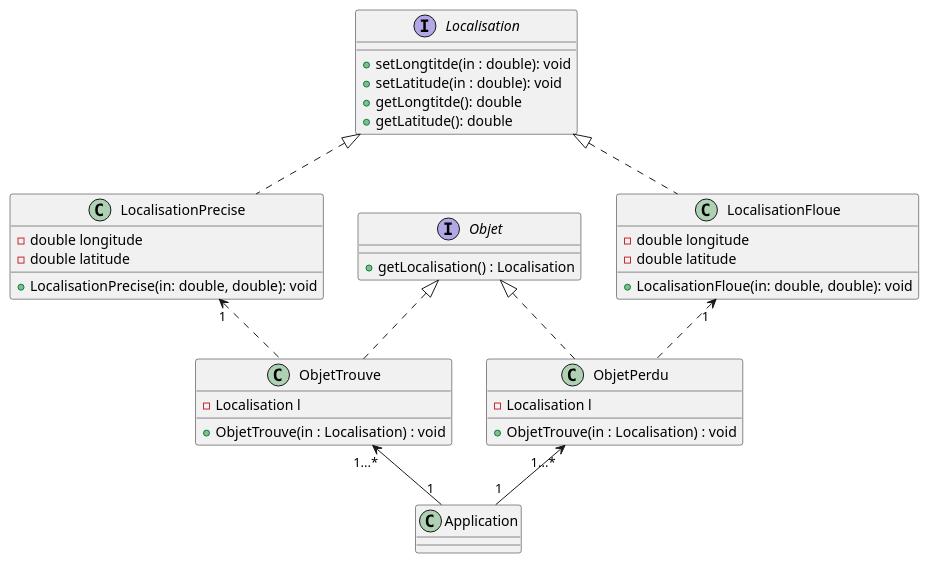
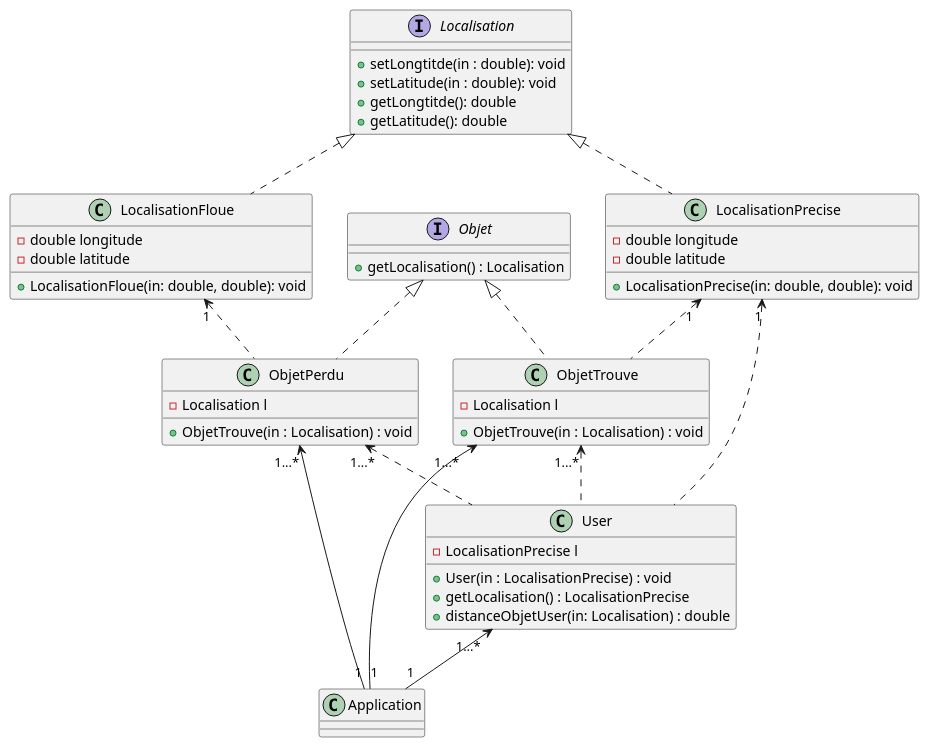
One commit to raphaelmeissonnier/Foundem_back_end changed the diagram in cahier_des_specifications/model.puml. Above: the diagram before and after it, drawn with PlantUML.

Commit message:
update class diagram

```diff
--- a/cahier_des_specifications/model.puml
+++ b/cahier_des_specifications/model.puml
@@ -1,51 +1,62 @@
 @startuml
 'https://plantuml.com/class-diagram
 
 class Application
 interface Objet
 {
     +getLocalisation() : Localisation
 }
 class ObjetTrouve
 {
     -Localisation l
     +ObjetTrouve(in : Localisation) : void
 }
 class ObjetPerdu
 {
     -Localisation l
     +ObjetTrouve(in : Localisation) : void
 }
 interface Localisation
 {
     +setLongtitde(in : double): void
     +setLatitude(in : double): void
     +getLongtitde(): double
     +getLatitude(): double
 }
 class LocalisationPrecise
 {
     -double longitude
     -double latitude
     +LocalisationPrecise(in: double, double): void
 }
 class LocalisationFloue
 {
     -double longitude
     -double latitude
     +LocalisationFloue(in: double, double): void
 }
 
+class User
+{
+    -LocalisationPrecise l
+    +User(in : LocalisationPrecise) : void
+    +getLocalisation() : LocalisationPrecise
+    +distanceObjetUser(in: Localisation) : double
+}
+
 
 ObjetTrouve "1...*" <-- "1" Application
 ObjetPerdu "1...*" <-- "1" Application
 Objet <|.. ObjetPerdu
 Objet <|.. ObjetTrouve
 Localisation <|.. LocalisationPrecise
 Localisation <|.. LocalisationFloue
 LocalisationPrecise "1" <.. ObjetTrouve
 LocalisationFloue "1" <.. ObjetPerdu
-
+LocalisationPrecise "1" <.. User
+ObjetTrouve "1...*" <.. User
+ObjetPerdu "1...*" <.. User
+User "1...*" <-- "1" Application
 
 
 @enduml
```
